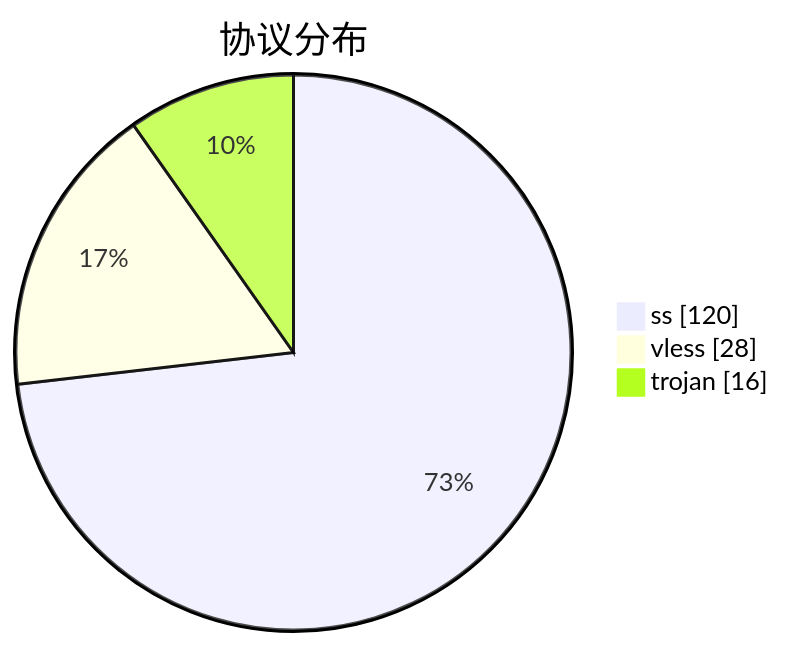
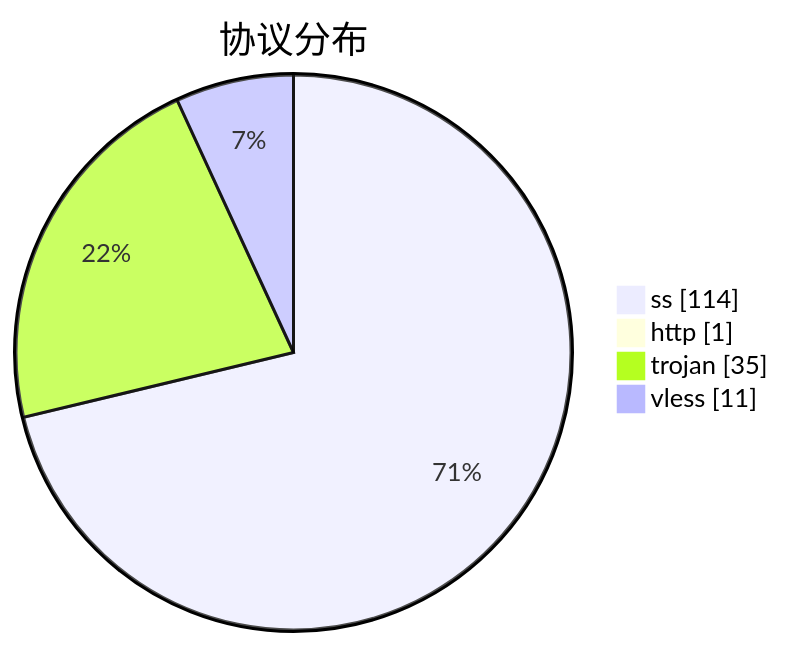
Before and after one commit to qjlxg/airport: the third of 3 diagrams in subs/statistics/tested_within.md, drawn with Mermaid. The commit also changed other lines of this file and 2 other files, not shown here.

````diff
--- a/subs/statistics/tested_within.md
+++ b/subs/statistics/tested_within.md
@@ -16,7 +16,8 @@
 ```mermaid
 pie showData
 title 协议分布
-"ss" : 120
-"vless" : 28
-"trojan" : 16
+"ss" : 114
+"http" : 1
+"trojan" : 35
+"vless" : 11
 ```
````
